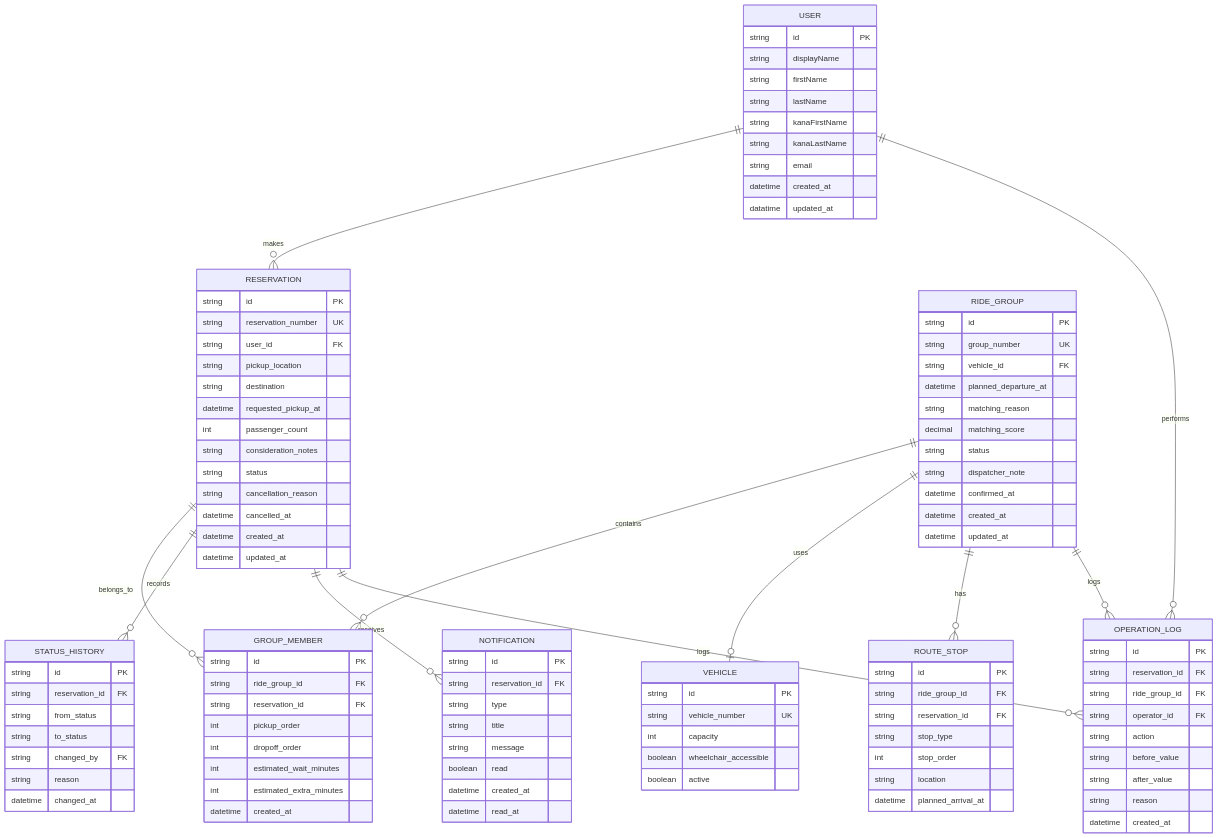
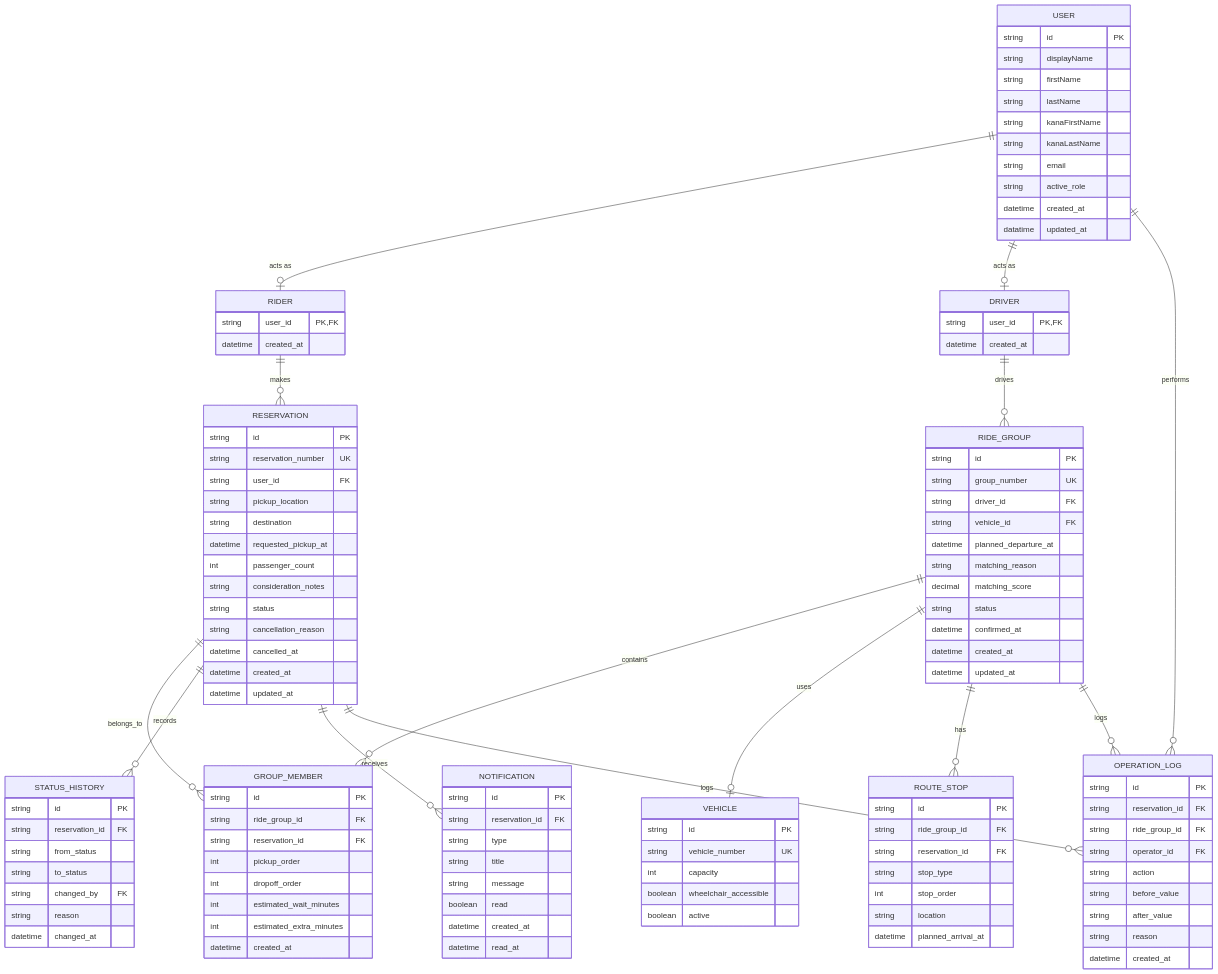
Before and after one commit to harusun8777-lang/RoadRide_Sharing: the first of 2 diagrams in docs/data-model.md, drawn with Mermaid. The commit also changed other lines of this file and 7 other files, not shown here.

First line of the commit message:
設計資料を配車担当者なし・Rider/Driver 前提に書き直す

````diff
--- a/docs/data-model.md
+++ b/docs/data-model.md
@@ -9,8 +9,11 @@
 ```mermaid
 erDiagram
-    USER ||--o{ RESERVATION : makes
+    USER ||--o| RIDER : "acts as"
+    USER ||--o| DRIVER : "acts as"
+    RIDER ||--o{ RESERVATION : makes
     RESERVATION ||--o{ GROUP_MEMBER : belongs_to
     RIDE_GROUP ||--o{ GROUP_MEMBER : contains
+    DRIVER ||--o{ RIDE_GROUP : drives
     RIDE_GROUP ||--o| VEHICLE : uses
     RIDE_GROUP ||--o{ ROUTE_STOP : has
     RESERVATION ||--o{ STATUS_HISTORY : records
@@ -27,8 +30,19 @@
         string kanaFirstName
         string kanaLastName
         string email
+        string active_role
         datetime created_at
         datatime updated_at
+    }
+
+    RIDER {
+        string user_id PK, FK
+        datetime created_at
+    }
+
+    DRIVER {
+        string user_id PK, FK
+        datetime created_at
     }
 
     RESERVATION {
@@ -50,12 +64,12 @@
     RIDE_GROUP {
         string id PK
         string group_number UK
+        string driver_id FK
         string vehicle_id FK
         datetime planned_departure_at
         string matching_reason
         decimal matching_score
         string status
-        string dispatcher_note
         datetime confirmed_at
         datetime created_at
         datetime updated_at
````
